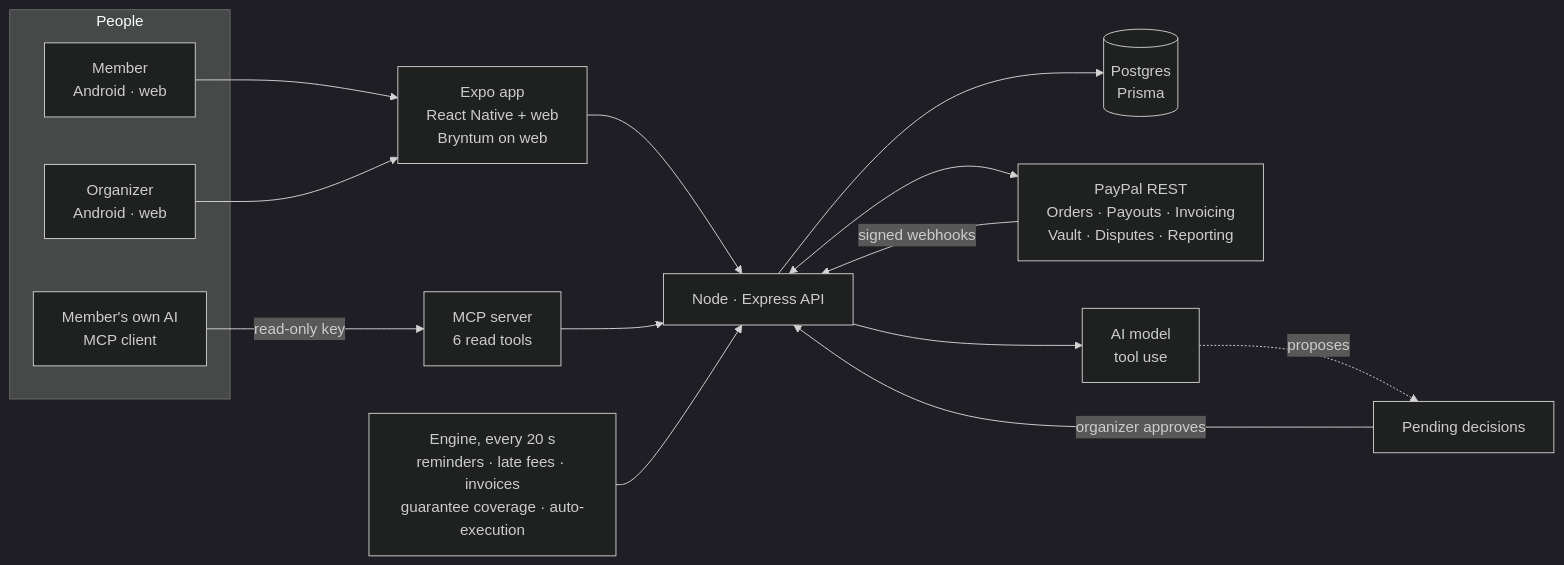
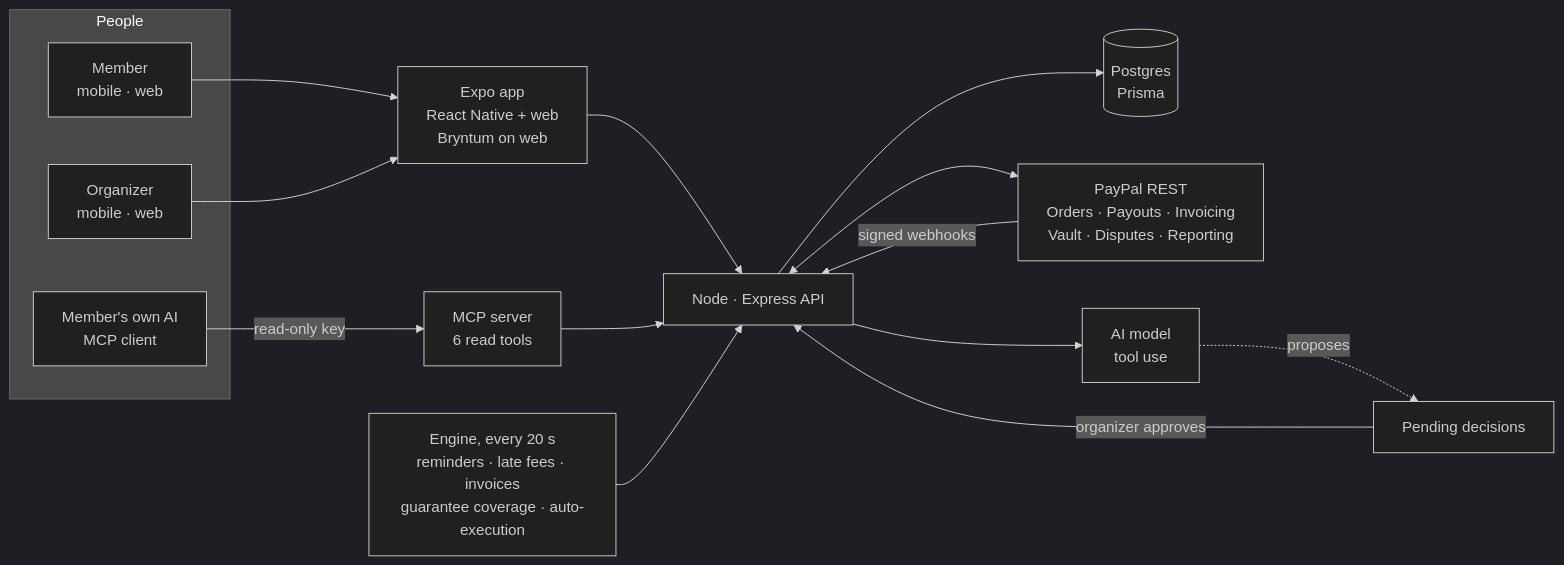
One commit to JkalasG/ayni changed the diagram in README.md. Above: the diagram before and after it, drawn with Mermaid (dark theme). The commit also changed other lines of this file and 25 other files, not shown here.

````diff
--- a/README.md
+++ b/README.md
@@ -282,18 +286,18 @@
 ```mermaid
 flowchart LR
   subgraph People
-    M[Member<br>Android · web]
-    O[Organizer<br>Android · web]
+    M[Member<br>mobile · web]
+    O[Organizer<br>mobile · web]
     X[Member's own AI<br>MCP client]
   end
   M & O --> APP[Expo app<br>React Native + web<br>Bryntum on web]
   APP --> API[Node · Express API]
   X -- read-only key --> MCP[MCP server<br>6 read tools] --> API
   API --> DB[(Postgres<br>Prisma)]
   API <--> PP[PayPal REST<br>Orders · Payouts · Invoicing<br>Vault · Disputes · Reporting]
   PP -- signed webhooks --> API
   API --> AI[AI model<br>tool use]
   AI -. proposes .-> PA[Pending decisions]
   PA -- organizer approves --> API
   ENG[Engine, every 20 s<br>reminders · late fees · invoices<br>guarantee coverage · auto-execution] --> API
 ```
````
